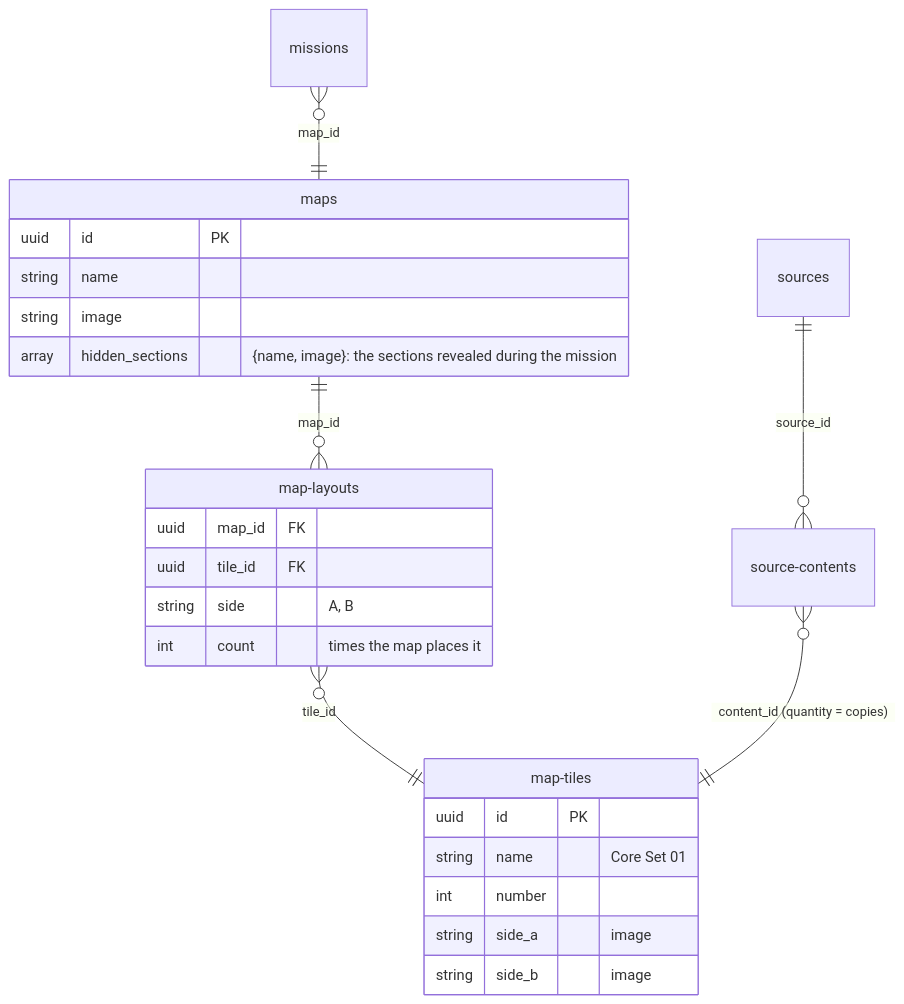
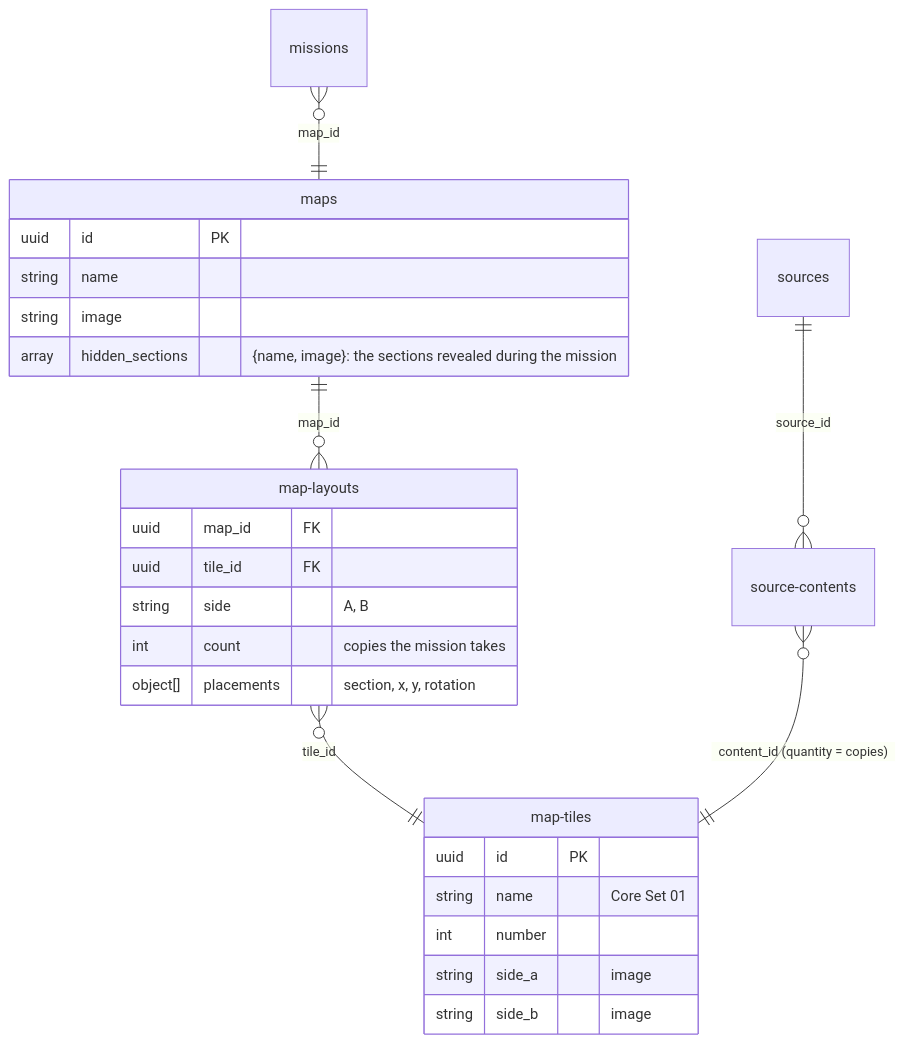
Before and after one commit to lvisintini/imperial-assault-data: the seventh of 9 diagrams in docs/data-model.md, drawn with Mermaid. The commit also changed other lines of this file and 7 other files, not shown here.

````diff
--- a/docs/data-model.md
+++ b/docs/data-model.md
@@ -440,28 +455,29 @@
 ```mermaid
 erDiagram
     missions }o--|| maps : "map_id"
     maps ||--o{ map-layouts : "map_id"
     map-layouts }o--|| map-tiles : "tile_id"
     sources ||--o{ source-contents : "source_id"
     source-contents }o--|| map-tiles : "content_id (quantity = copies)"
 
     maps {
         uuid id PK
         string name
         string image
         array hidden_sections "{name, image}: the sections revealed during the mission"
     }
     map-tiles {
         uuid id PK
         string name "Core Set 01"
         int number
         string side_a "image"
         string side_b "image"
     }
     map-layouts {
         uuid map_id FK
         uuid tile_id FK
         string side "A, B"
-        int count "times the map places it"
+        int count "copies the mission takes"
+        object[] placements "section, x, y, rotation"
     }
 ```
````
